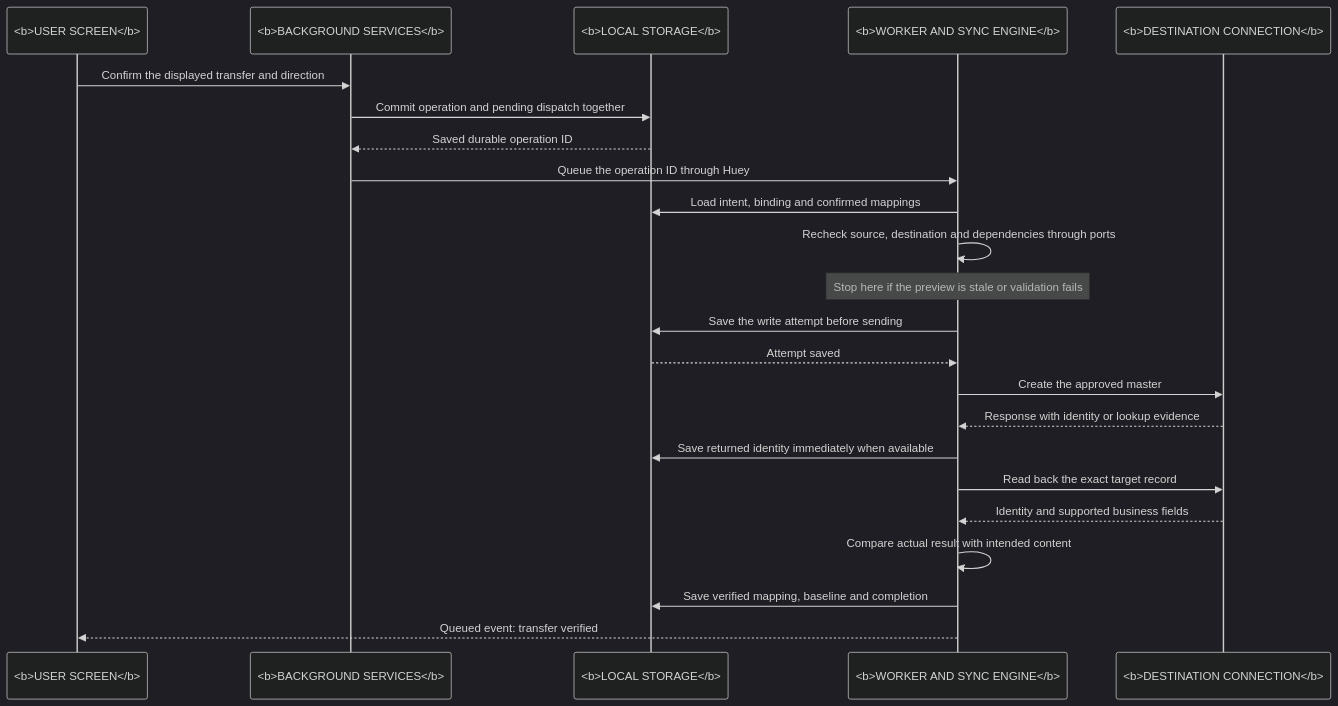
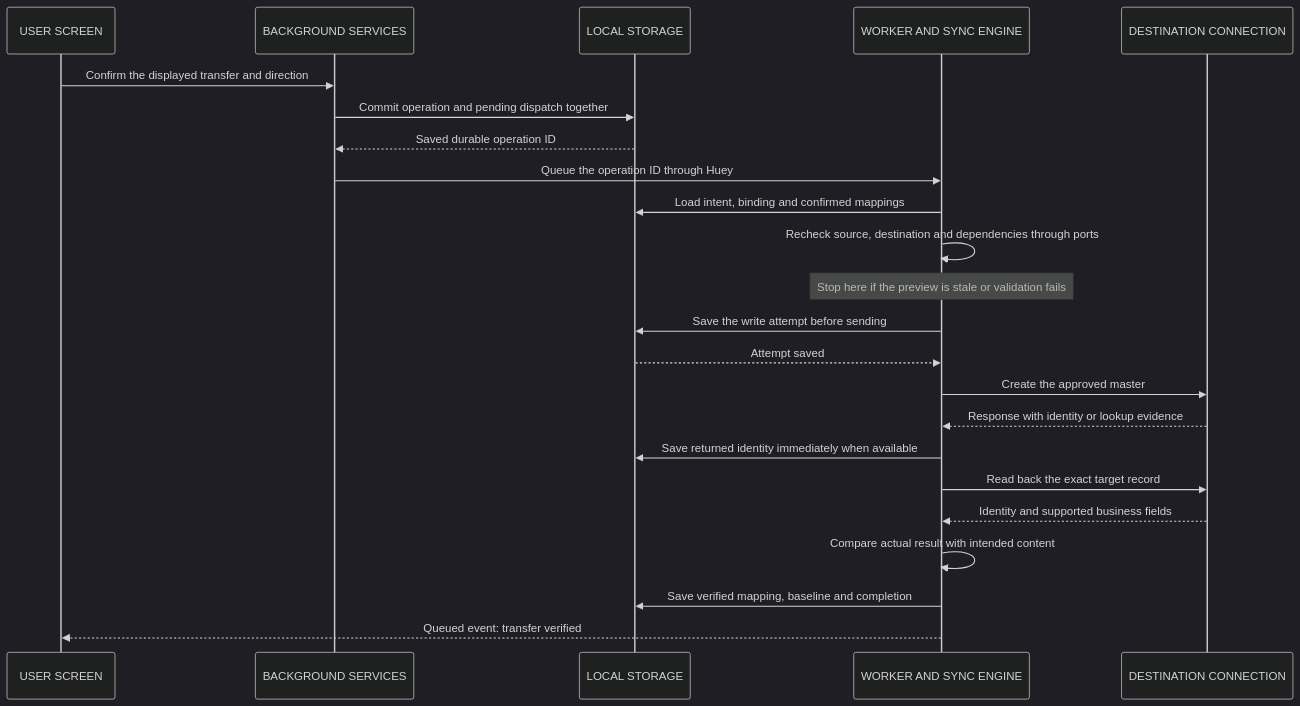
The second of 3 diagrams in docs/master-sync/MASTER_SYNC_SEQUENCES.md (surjeetprj/tally-connector), drawn with Mermaid (dark theme) before and after one commit. The commit also changed other lines of this file and 31 other files, not shown here.

First line of the commit message:
docs: add reproducible SVG exports with rendered Mermaid references

````diff
--- a/docs/master-sync/MASTER_SYNC_SEQUENCES.md
+++ b/docs/master-sync/MASTER_SYNC_SEQUENCES.md
@@ -46,26 +67,28 @@
 ```mermaid
 sequenceDiagram
-    participant UI as <b>USER SCREEN</b>
-    participant APP as <b>BACKGROUND SERVICES</b>
-    participant DATA as <b>LOCAL STORAGE</b>
-    participant WORK as <b>WORKER AND SYNC ENGINE</b>
-    participant TARGET as <b>DESTINATION CONNECTION</b>
+    accTitle: Successful master transfer
+    accDescr: Save durable intent and the write attempt, send the approved master, read back the target and record verified completion.
+    participant UI as USER SCREEN
+    participant APP as BACKGROUND SERVICES
+    participant DATA as LOCAL STORAGE
+    participant WORK as WORKER AND SYNC ENGINE
+    participant TARGET as DESTINATION CONNECTION
 
     UI->>APP: Confirm the displayed transfer and direction
     APP->>DATA: Commit operation and pending dispatch together
     DATA-->>APP: Saved durable operation ID
     APP->>WORK: Queue the operation ID through Huey
     WORK->>DATA: Load intent, binding and confirmed mappings
     WORK->>WORK: Recheck source, destination and dependencies through ports
     Note over WORK: Stop here if the preview is stale or validation fails
     WORK->>DATA: Save the write attempt before sending
     DATA-->>WORK: Attempt saved
     WORK->>TARGET: Create the approved master
     TARGET-->>WORK: Response with identity or lookup evidence
     WORK->>DATA: Save returned identity immediately when available
     WORK->>TARGET: Read back the exact target record
     TARGET-->>WORK: Identity and supported business fields
     WORK->>WORK: Compare actual result with intended content
     WORK->>DATA: Save verified mapping, baseline and completion
     WORK-->>UI: Queued event: transfer verified
 ```
````
